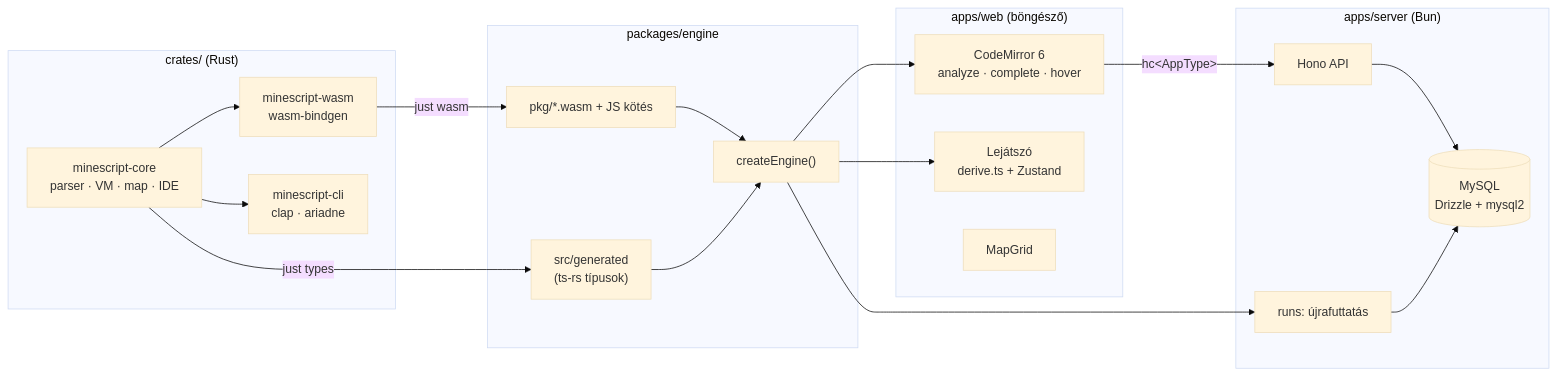
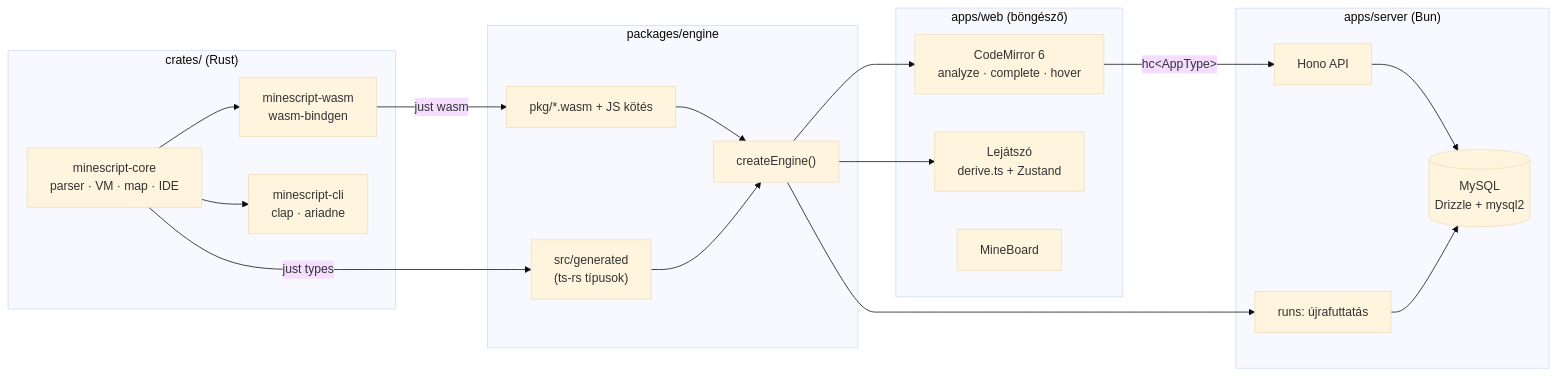
One commit to buninstall/dusza-2026 changed the diagram in docs/architektura.md. Above: the diagram before and after it, drawn with Mermaid (base theme). The commit also changed other lines of this file and 65 other files, not shown here.

````diff
--- a/docs/architektura.md
+++ b/docs/architektura.md
@@ -7,35 +7,35 @@
 ```mermaid
 flowchart LR
   subgraph Rust["crates/ (Rust)"]
     core["minescript-core<br/>parser · VM · map · IDE"]
     wasm["minescript-wasm<br/>wasm-bindgen"]
     cli["minescript-cli<br/>clap · ariadne"]
     core --> wasm
     core --> cli
   end
   subgraph Engine["packages/engine"]
     pkg["pkg/*.wasm + JS kötés"]
     types["src/generated<br/>(ts-rs típusok)"]
     api["createEngine()"]
   end
   wasm -- "just wasm" --> pkg
   core -- "just types" --> types
   pkg --> api
   types --> api
   subgraph Web["apps/web (böngésző)"]
     editor["CodeMirror 6<br/>analyze · complete · hover"]
     player["Lejátszó<br/>derive.ts + Zustand"]
-    grid["MapGrid"]
+    grid["MineBoard"]
   end
   subgraph Server["apps/server (Bun)"]
     hono["Hono API"]
     db[("MySQL<br/>Drizzle + mysql2")]
     rerun["runs: újrafuttatás"]
   end
   api --> editor
   api --> player
   api --> rerun
   editor -- "hc&lt;AppType&gt;" --> hono
   hono --> db
   rerun --> db
 ```
````
